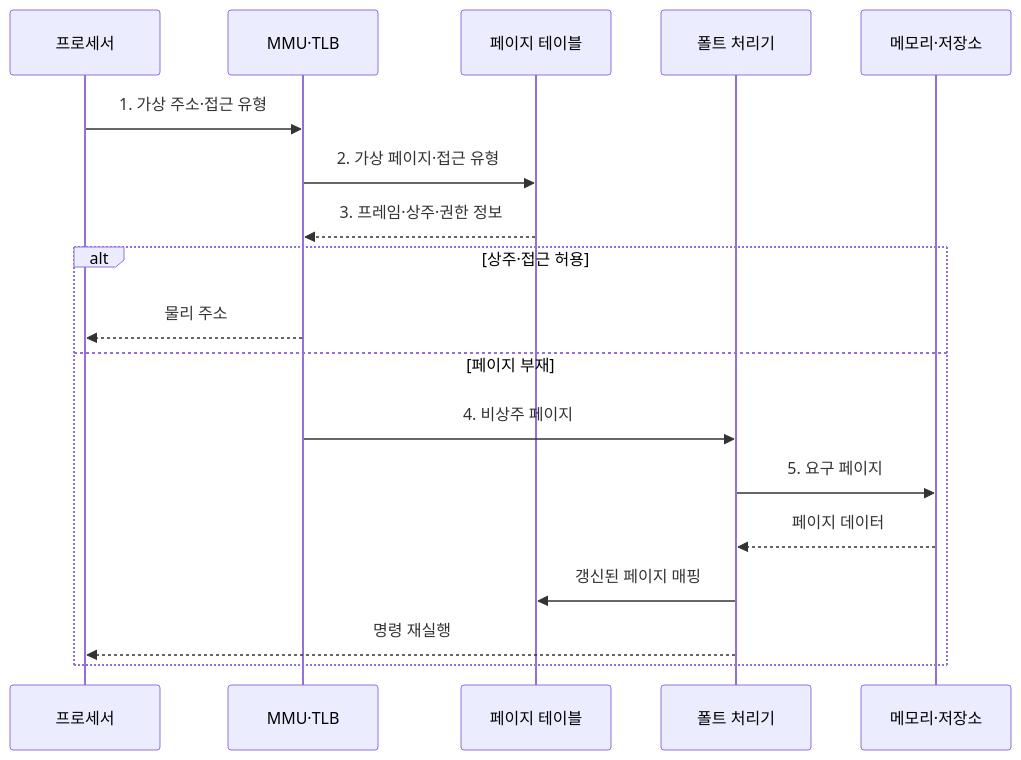
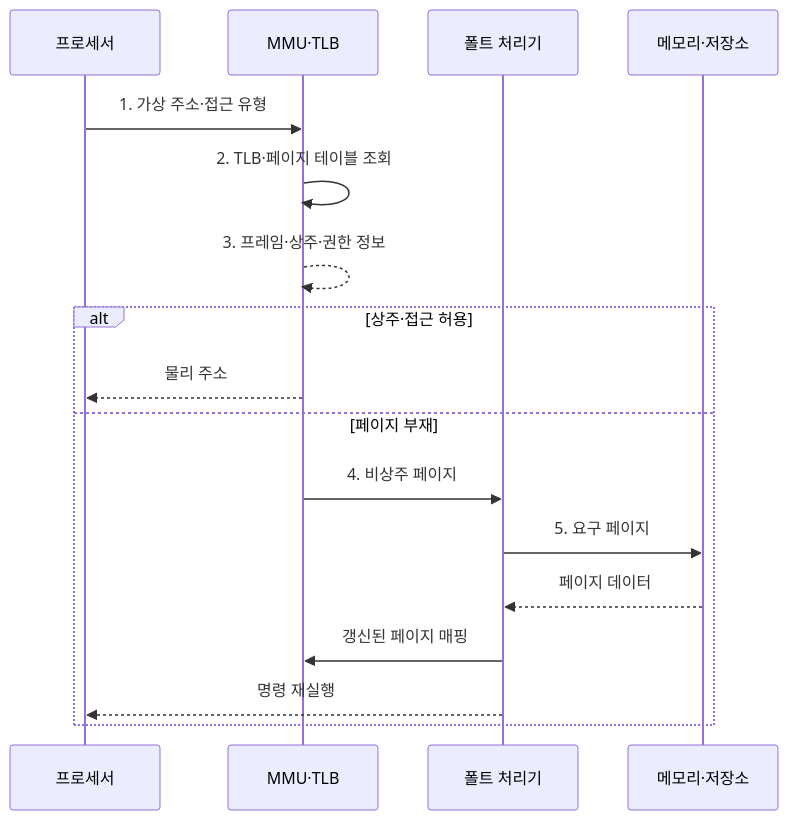
One commit to agnusdei1207/knowledge-base changed the second of 2 diagrams in src/content/docs/notes/03-software/015_virtual_memory.md. Above: the diagram before and after it, drawn with Mermaid. The commit also changed other lines of this file and 8 other files, not shown here.

Commit message:
Focus software system diagrams

````diff
--- a/src/content/docs/notes/03-software/015_virtual_memory.md
+++ b/src/content/docs/notes/03-software/015_virtual_memory.md
@@ -102,20 +102,19 @@
 ```mermaid
 sequenceDiagram
     participant C as 프로세서
     participant L as MMU·TLB
-    participant T as 페이지 테이블
     participant H as 폴트 처리기
     participant B as 메모리·저장소
     C->>L: 1. 가상 주소·접근 유형
-    L->>T: 2. 가상 페이지·접근 유형
-    T-->>L: 3. 프레임·상주·권한 정보
+    L->>L: 2. TLB·페이지 테이블 조회
+    L-->>L: 3. 프레임·상주·권한 정보
     alt 상주·접근 허용
         L-->>C: 물리 주소
     else 페이지 부재
         L->>H: 4. 비상주 페이지
         H->>B: 5. 요구 페이지
         B-->>H: 페이지 데이터
-        H->>T: 갱신된 페이지 매핑
+        H->>L: 갱신된 페이지 매핑
         H-->>C: 명령 재실행
     end
 ```
````
